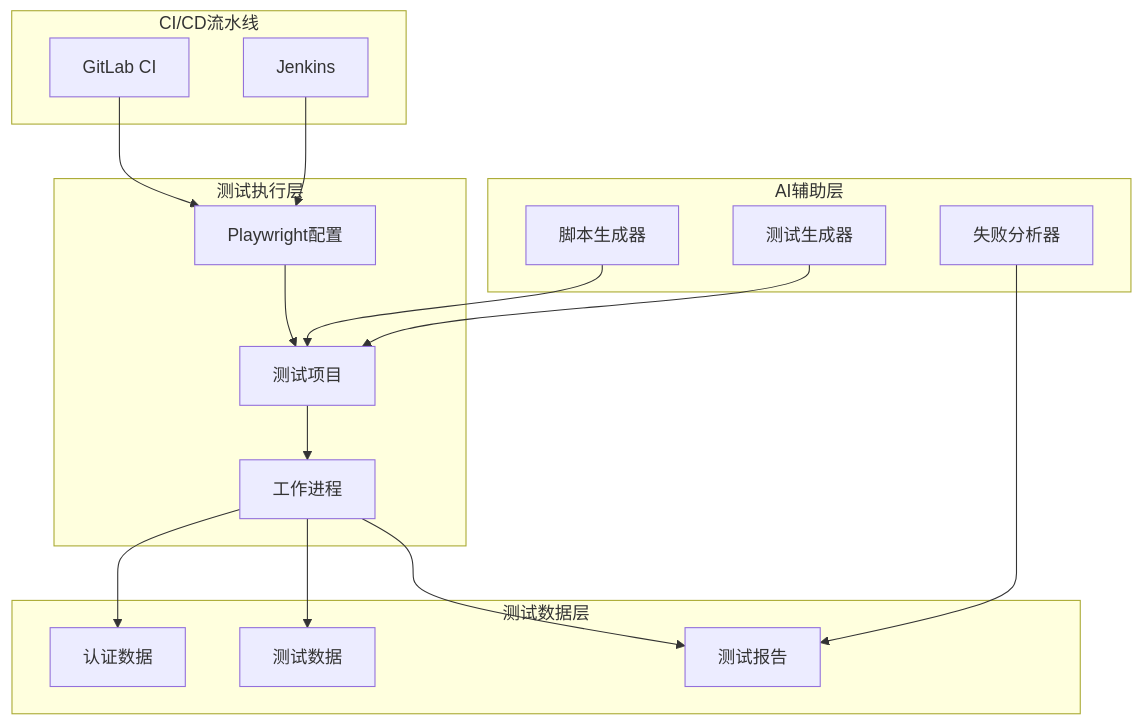
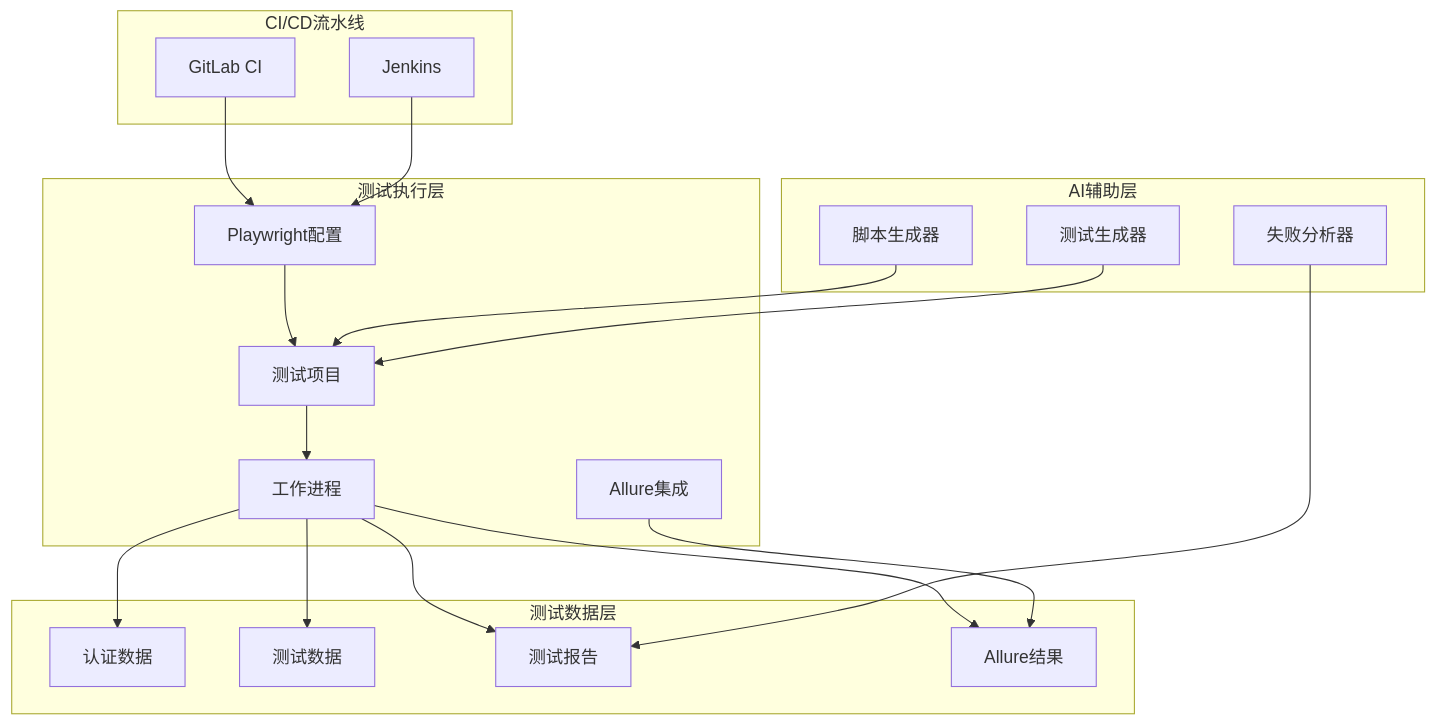
The fourth of 16 diagrams in .qoder/repowiki/zh/content/测试框架配置/Playwright配置详解.md (zzgoviziwind/--playwright), drawn with Mermaid before and after one commit. The commit also changed other lines of this file and 112 other files, not shown here.

````diff
--- a/.qoder/repowiki/zh/content/测试框架配置/Playwright配置详解.md
+++ b/.qoder/repowiki/zh/content/测试框架配置/Playwright配置详解.md
@@ -175,32 +186,36 @@
 ```mermaid
 graph TB
 subgraph "CI/CD流水线"
 GitLab[GitLab CI]
 Jenkins[Jenkins]
 end
 subgraph "测试执行层"
 Config[Playwright配置]
 Projects[测试项目]
 Workers[工作进程]
+Allure[Allure集成]
 end
 subgraph "测试数据层"
 Auth[认证数据]
 TestData[测试数据]
 Reports[测试报告]
+AllureResults[Allure结果]
 end
 subgraph "AI辅助层"
 ScriptGen[脚本生成器]
 TestGen[测试生成器]
 Analyzer[失败分析器]
 end
 GitLab --> Config
 Jenkins --> Config
 Config --> Projects
 Projects --> Workers
 Workers --> Auth
 Workers --> TestData
 Workers --> Reports
+Workers --> AllureResults
 ScriptGen --> Projects
 TestGen --> Projects
 Analyzer --> Reports
+Allure --> AllureResults
 ```
````
